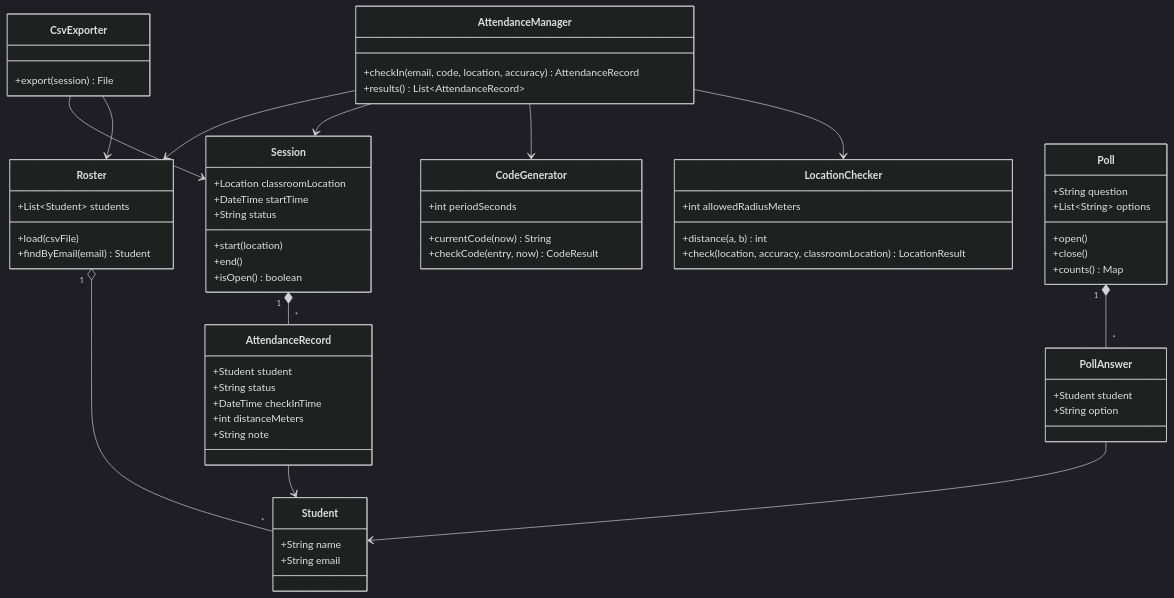
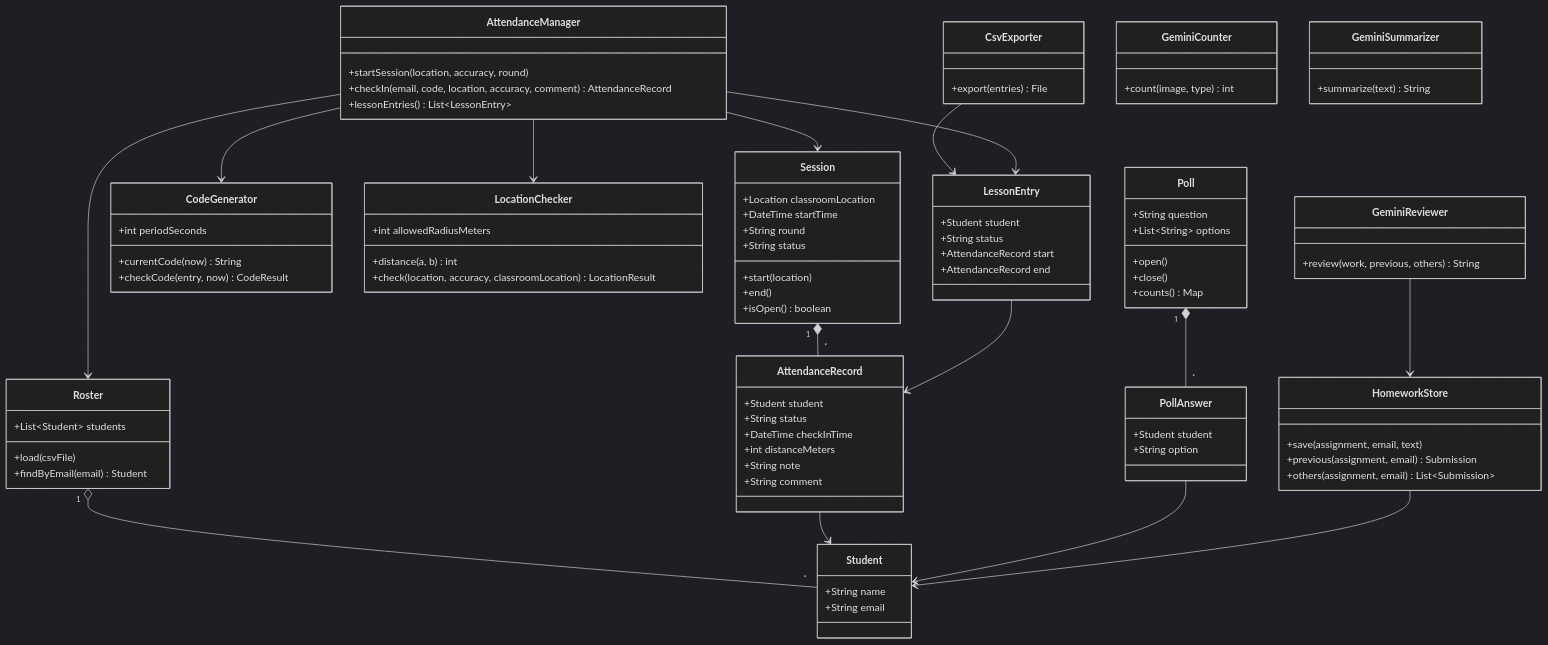
The first of 6 diagrams in diagrams.md (Maycaspi110/Class_Attendance), drawn with Mermaid (dark theme) before and after one commit. The commit also changed other lines of this file, not shown here.

Commit message:
Update the class and sequence diagrams with the new features

````diff
--- a/diagrams.md
+++ b/diagrams.md
@@ -22,6 +22,7 @@
   class Session {
     +Location classroomLocation
     +DateTime startTime
+    +String round
     +String status
     +start(location)
     +end()
@@ -43,10 +44,18 @@
     +DateTime checkInTime
     +int distanceMeters
     +String note
+    +String comment
+  }
+  class LessonEntry {
+    +Student student
+    +String status
+    +AttendanceRecord start
+    +AttendanceRecord end
   }
   class AttendanceManager {
-    +checkIn(email, code, location, accuracy) AttendanceRecord
-    +results() List~AttendanceRecord~
+    +startSession(location, accuracy, round)
+    +checkIn(email, code, location, accuracy, comment) AttendanceRecord
+    +lessonEntries() List~LessonEntry~
   }
   class Poll {
     +String question
@@ -60,7 +69,21 @@
     +String option
   }
   class CsvExporter {
-    +export(session) File
+    +export(entries) File
+  }
+  class GeminiCounter {
+    +count(image, type) int
+  }
+  class GeminiSummarizer {
+    +summarize(text) String
+  }
+  class HomeworkStore {
+    +save(assignment, email, text)
+    +previous(assignment, email) Submission
+    +others(assignment, email) List~Submission~
+  }
+  class GeminiReviewer {
+    +review(work, previous, others) String
   }
 
   Roster "1" o-- "*" Student
@@ -72,6 +95,9 @@
   AttendanceManager --> LocationChecker
   Poll "1" *-- "*" PollAnswer
   PollAnswer --> Student
-  CsvExporter --> Session
-  CsvExporter --> Roster
+  CsvExporter --> LessonEntry
+  AttendanceManager --> LessonEntry
+  LessonEntry --> AttendanceRecord
+  HomeworkStore --> Student
+  GeminiReviewer --> HomeworkStore
 ```
````
